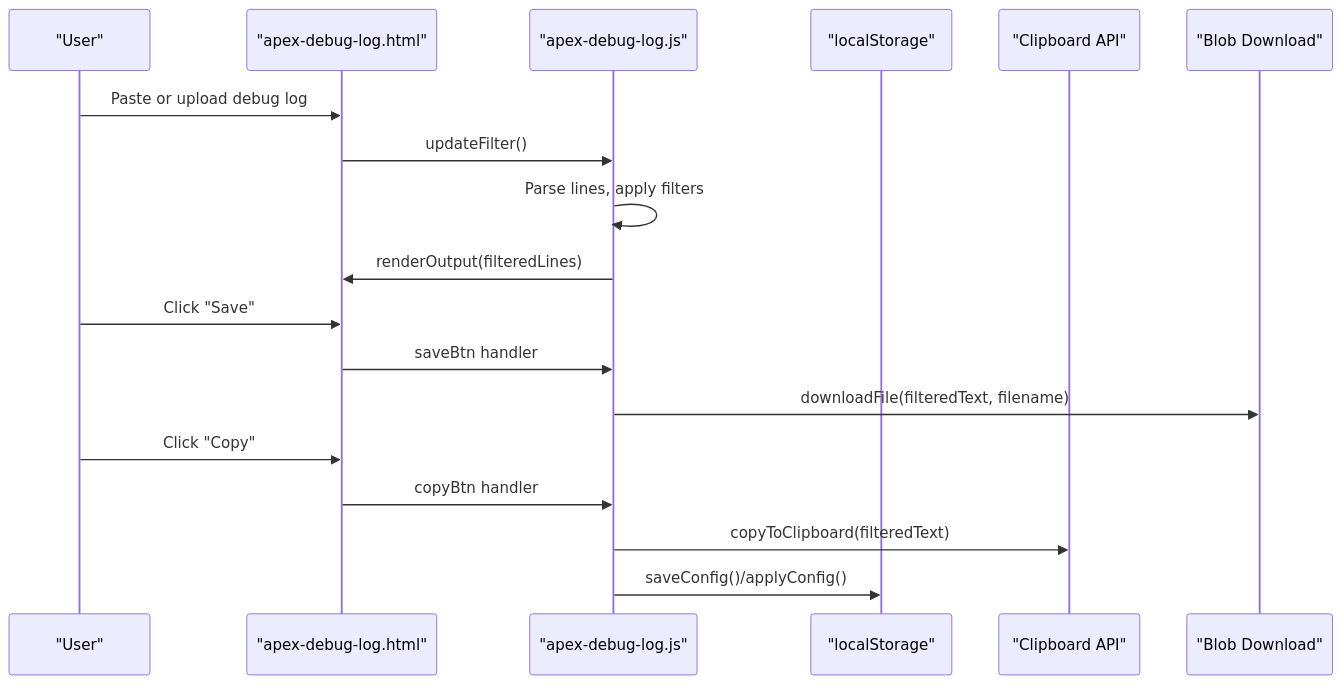
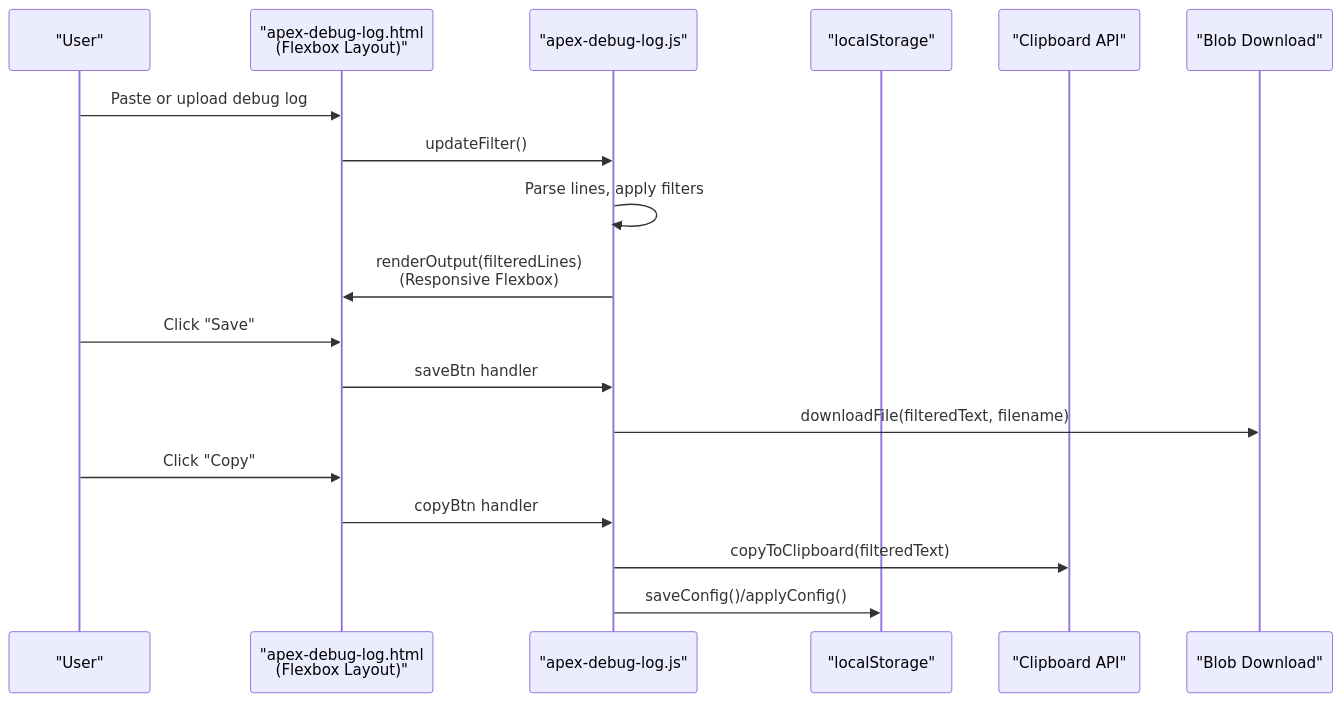
One commit to escaleraalcielo/developer-utilities changed the second of 4 diagrams in .qoder/repowiki/en/content/Development Utilities/Apex Debug Log Analyzer.md. Above: the diagram before and after it, drawn with Mermaid. The commit also changed other lines of this file and 6 other files, not shown here.

````diff
--- a/.qoder/repowiki/en/content/Development Utilities/Apex Debug Log Analyzer.md
+++ b/.qoder/repowiki/en/content/Development Utilities/Apex Debug Log Analyzer.md
@@ -99,20 +112,20 @@
 ```mermaid
 sequenceDiagram
 participant U as "User"
-participant UI as "apex-debug-log.html"
+participant UI as "apex-debug-log.html<br/>(Flexbox Layout)"
 participant JS as "apex-debug-log.js"
 participant LS as "localStorage"
 participant CL as "Clipboard API"
 participant DL as "Blob Download"
 U->>UI : Paste or upload debug log
 UI->>JS : updateFilter()
 JS->>JS : Parse lines, apply filters
-JS->>UI : renderOutput(filteredLines)
+JS->>UI : renderOutput(filteredLines)<br/>(Responsive Flexbox)
 U->>UI : Click "Save"
 UI->>JS : saveBtn handler
 JS->>DL : downloadFile(filteredText, filename)
 U->>UI : Click "Copy"
 UI->>JS : copyBtn handler
 JS->>CL : copyToClipboard(filteredText)
 JS->>LS : saveConfig()/applyConfig()
 ```
````
